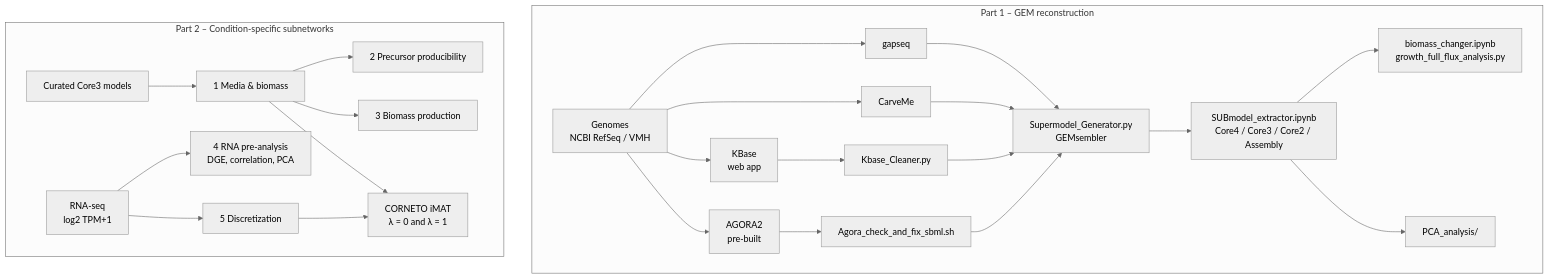
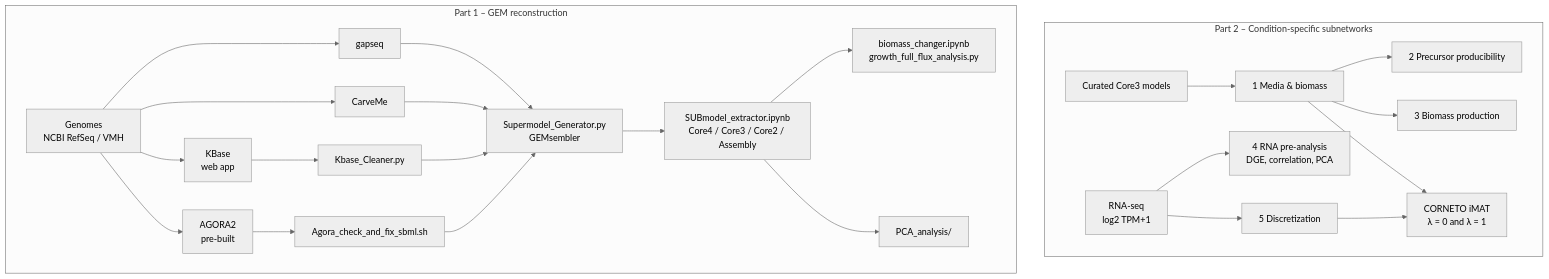
Before and after one commit to Valentin531/GEMS-and-Condition-Specific-Subnetworks: the diagram in README.md, drawn with Mermaid (neutral theme).

Commit message:
Refactor workflow overview by removing duplicates
Removed duplicate section for Part 2 in workflow overview.

````diff
--- a/README.md
+++ b/README.md
@@ -27,24 +27,27 @@
 ```mermaid
 flowchart TD
+
+subgraph P2[Part 2 – Condition-specific subnetworks]
+        J[Curated Core3 models] --> K[1 Media & biomass]
+        K --> L[2 Precursor producibility]
+        K --> M[3 Biomass production]
+        N[RNA-seq<br/>log2 TPM+1] --> O[4 RNA pre-analysis<br/>DGE, correlation, PCA]
+        N --> P[5 Discretization]
+        K & P --> Q[CORNETO iMAT<br/>λ = 0 and λ = 1]
+    end
+
     subgraph P1[Part 1 – GEM reconstruction]
         A[Genomes<br/>NCBI RefSeq / VMH] --> B[gapseq]
         A --> C[CarveMe]
         A --> D[KBase<br/>web app]
         A --> E[AGORA2<br/>pre-built]
         D --> D2[Kbase_Cleaner.py]
         E --> E2[Agora_check_and_fix_sbml.sh]
         B & C & D2 & E2 --> F[Supermodel_Generator.py<br/>GEMsembler]
         F --> G[SUBmodel_extractor.ipynb<br/>Core4 / Core3 / Core2 / Assembly]
         G --> H[biomass_changer.ipynb<br/>growth_full_flux_analysis.py]
         G --> I[PCA_analysis/]
     end
 
-    subgraph P2[Part 2 – Condition-specific subnetworks]
-        J[Curated Core3 models] --> K[1 Media & biomass]
-        K --> L[2 Precursor producibility]
-        K --> M[3 Biomass production]
-        N[RNA-seq<br/>log2 TPM+1] --> O[4 RNA pre-analysis<br/>DGE, correlation, PCA]
-        N --> P[5 Discretization]
-        K & P --> Q[CORNETO iMAT<br/>λ = 0 and λ = 1]
-    end
+    
 ```
````
